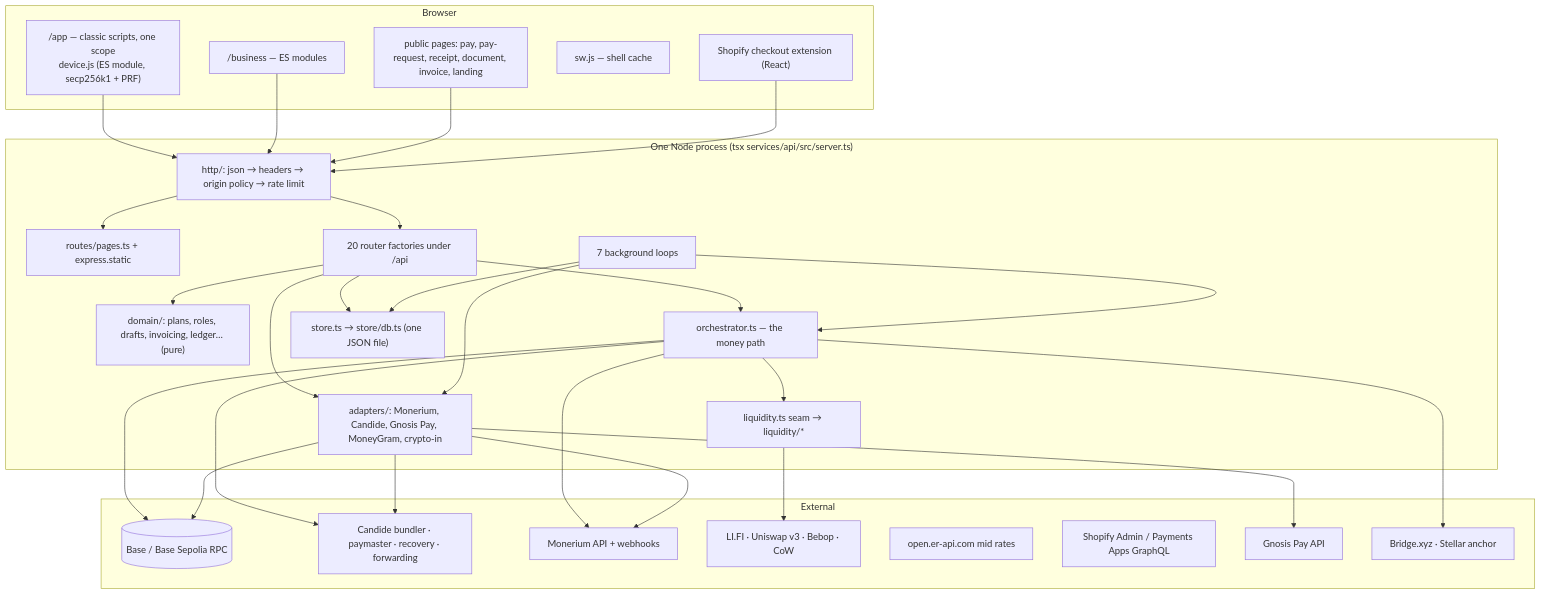
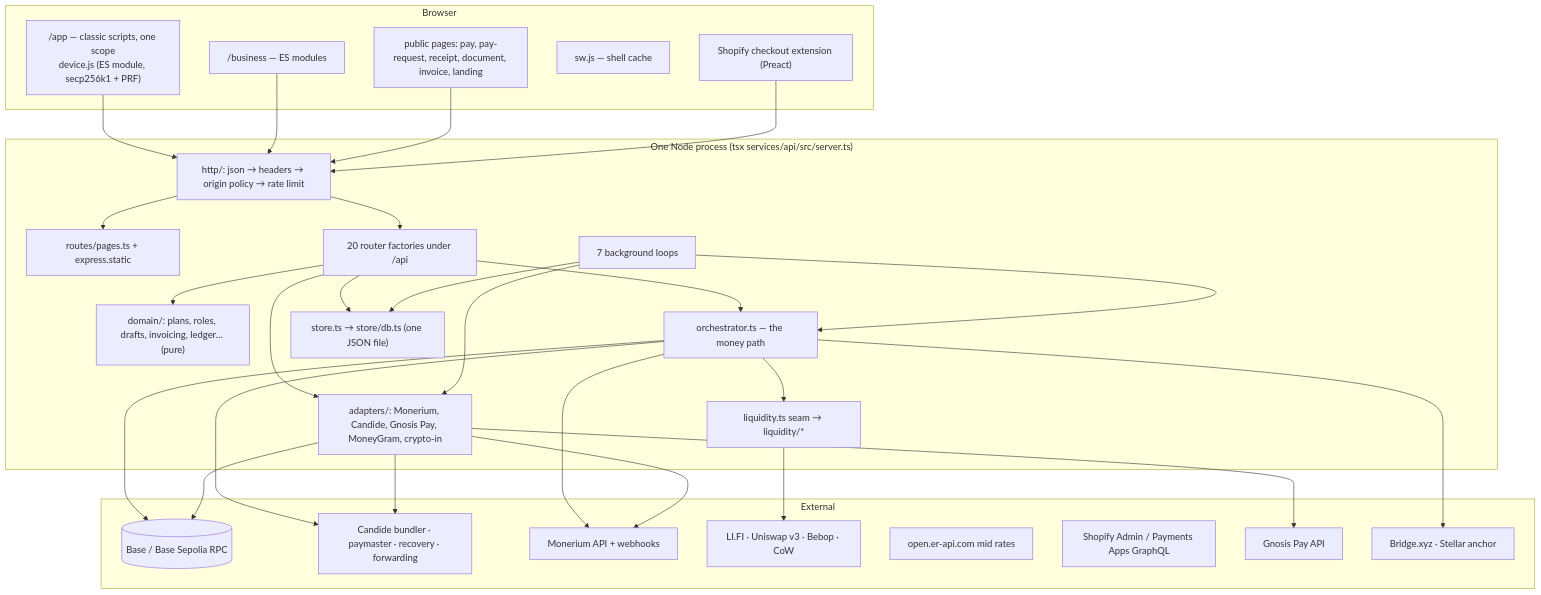
The first of 4 diagrams in docs/architecture/technical-architecture.md (Zoldenburg-me/Zold-app), drawn with Mermaid before and after one commit. The commit also changed 6 other files, not shown here.

First line of the commit message:
feat(shopify): update checkout UI extension to Preact components

````diff
--- a/docs/architecture/technical-architecture.md
+++ b/docs/architecture/technical-architecture.md
@@ -13,37 +13,37 @@
 ```mermaid
 flowchart TB
   subgraph Browser
     PWA["/app — classic scripts, one scope<br/>device.js (ES module, secp256k1 + PRF)"]
     BIZ["/business — ES modules"]
     PUB["public pages: pay, pay-request, receipt, document, invoice, landing"]
     SW["sw.js — shell cache"]
-    EXT["Shopify checkout extension (React)"]
+    EXT["Shopify checkout extension (Preact)"]
   end
   subgraph "One Node process (tsx services/api/src/server.ts)"
     PIPE["http/: json → headers → origin policy → rate limit"]
     PAGES["routes/pages.ts + express.static"]
     ROUTERS["20 router factories under /api"]
     DOMAIN["domain/: plans, roles, drafts, invoicing, ledger… (pure)"]
     ORCH["orchestrator.ts — the money path"]
     LIQ["liquidity.ts seam → liquidity/*"]
     ADP["adapters/: Monerium, Candide, Gnosis Pay, MoneyGram, crypto-in"]
     STORE["store.ts → store/db.ts (one JSON file)"]
     LOOPS["7 background loops"]
   end
   subgraph External
     BASE[(Base / Base Sepolia RPC)]
     CAND[Candide bundler · paymaster · recovery · forwarding]
     MON[Monerium API + webhooks]
     VEN[LI.FI · Uniswap v3 · Bebop · CoW]
     RATES[open.er-api.com mid rates]
     SHOP[Shopify Admin / Payments Apps GraphQL]
     GP[Gnosis Pay API]
     BR[Bridge.xyz · Stellar anchor]
   end
   PWA & BIZ & PUB & EXT --> PIPE --> PAGES & ROUTERS
   ROUTERS --> DOMAIN & ORCH & ADP & STORE
   ORCH --> LIQ --> VEN
   ORCH --> BASE & CAND & MON & BR
   ADP --> MON & CAND & GP & BASE
   LOOPS --> ORCH & ADP & STORE
 ```
````
